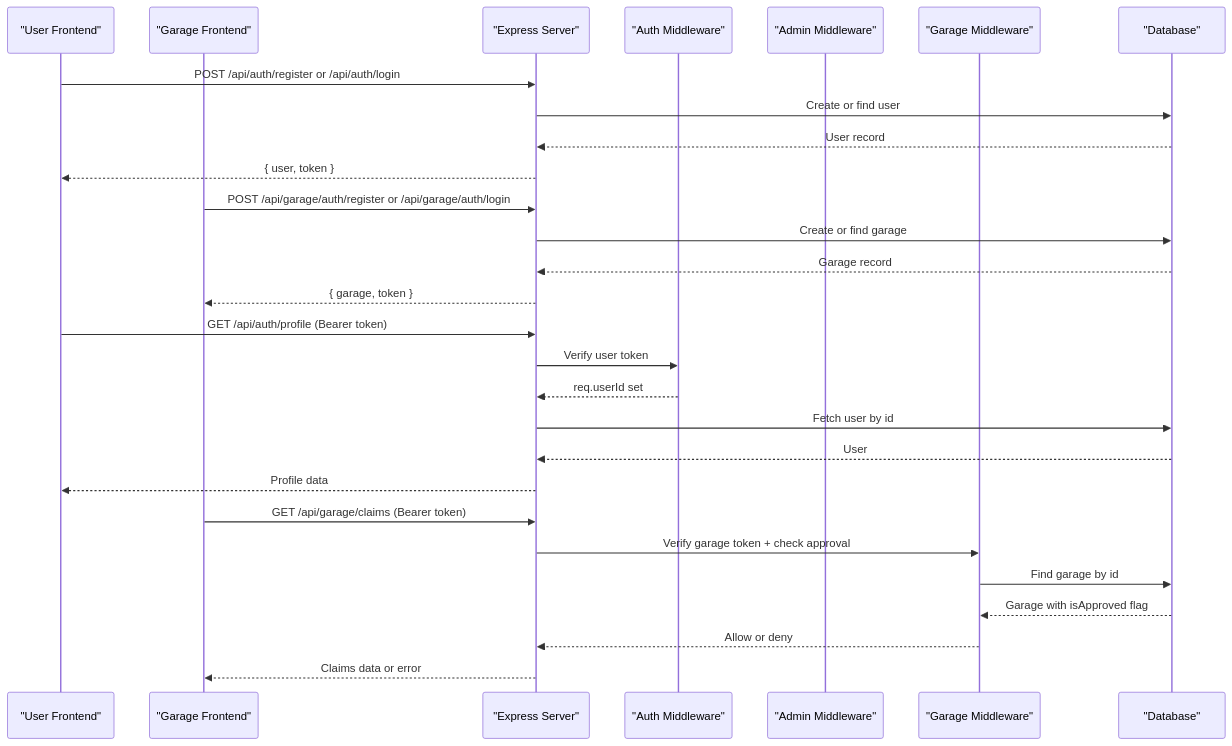
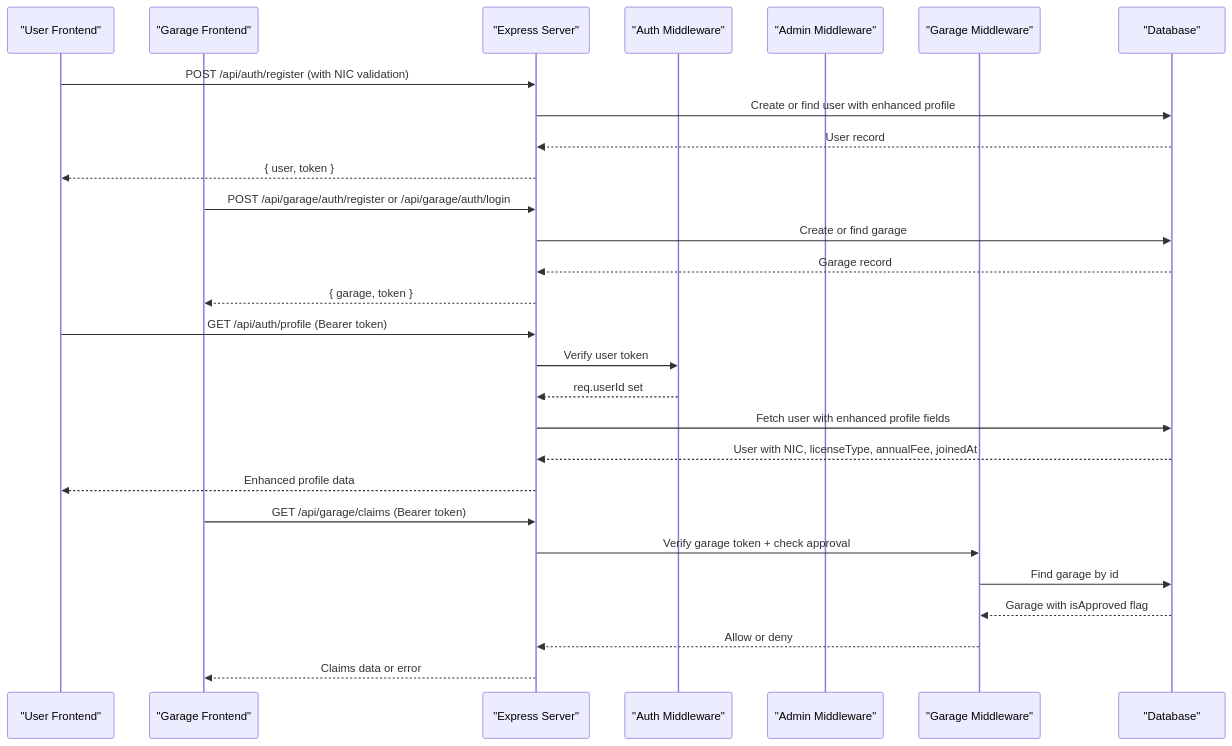
Before and after one commit to NaveenHiranya/Smart-Vehicle-Insurance-Claim-System: the second of 12 diagrams in .qoder/repowiki/en/content/Backend Documentation/Authentication & Authorization.md, drawn with Mermaid. The commit also changed other lines of this file and 38 other files, not shown here.

````diff
--- a/.qoder/repowiki/en/content/Backend Documentation/Authentication & Authorization.md
+++ b/.qoder/repowiki/en/content/Backend Documentation/Authentication & Authorization.md
@@ -174,30 +190,30 @@
 ```mermaid
 sequenceDiagram
 participant FE_User as "User Frontend"
 participant FE_Garage as "Garage Frontend"
 participant API as "Express Server"
 participant AUTH as "Auth Middleware"
 participant ADM as "Admin Middleware"
 participant GARAGE as "Garage Middleware"
 participant DB as "Database"
-FE_User->>API : POST /api/auth/register or /api/auth/login
-API->>DB : Create or find user
+FE_User->>API : POST /api/auth/register (with NIC validation)
+API->>DB : Create or find user with enhanced profile
 DB-->>API : User record
 API-->>FE_User : { user, token }
 FE_Garage->>API : POST /api/garage/auth/register or /api/garage/auth/login
 API->>DB : Create or find garage
 DB-->>API : Garage record
 API-->>FE_Garage : { garage, token }
 FE_User->>API : GET /api/auth/profile (Bearer token)
 API->>AUTH : Verify user token
 AUTH-->>API : req.userId set
-API->>DB : Fetch user by id
-DB-->>API : User
-API-->>FE_User : Profile data
+API->>DB : Fetch user with enhanced profile fields
+DB-->>API : User with NIC, licenseType, annualFee, joinedAt
+API-->>FE_User : Enhanced profile data
 FE_Garage->>API : GET /api/garage/claims (Bearer token)
 API->>GARAGE : Verify garage token + check approval
 GARAGE->>DB : Find garage by id
 DB-->>GARAGE : Garage with isApproved flag
 GARAGE-->>API : Allow or deny
 API-->>FE_Garage : Claims data or error
 ```
````
